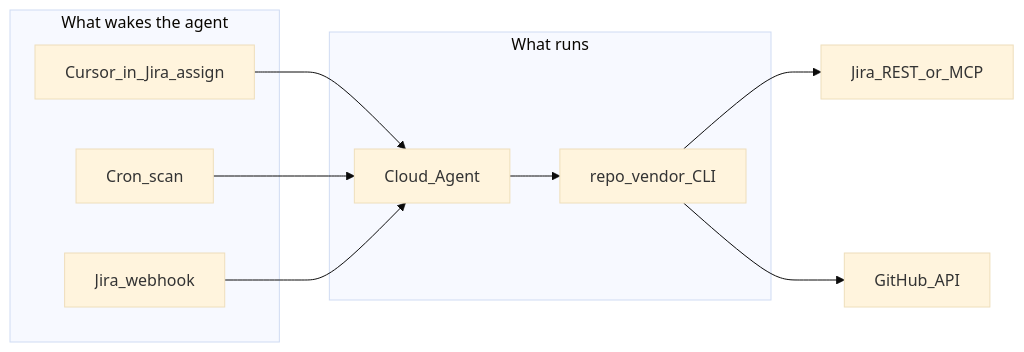
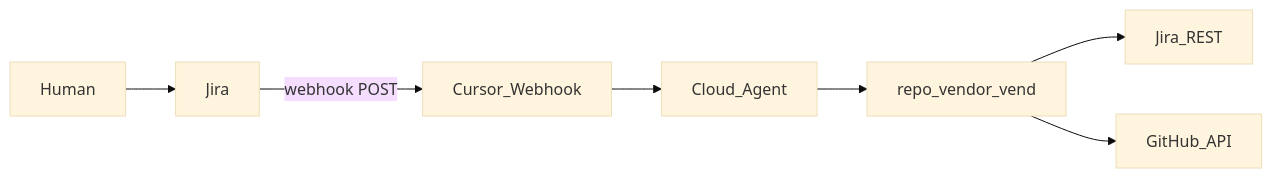
One commit to pete-leese/agentic-repo-vending changed the diagram in docs/jira-setup.md. Above: the diagram before and after it, drawn with Mermaid (base theme). The commit also changed other lines of this file and 11 other files, not shown here.

First line of the commit message:
Remove cron scan path; keep webhook as the sole primary trigger.

````diff
--- a/docs/jira-setup.md
+++ b/docs/jira-setup.md
@@ -8,18 +7,9 @@
 ```mermaid
 flowchart LR
-  subgraph wake [What wakes the agent]
-    A[Cursor_in_Jira_assign]
-    B[Cron_scan]
-    C[Jira_webhook]
-  end
-  subgraph run [What runs]
-    Agent[Cloud_Agent]
-    CLI[repo_vendor_CLI]
-  end
-  A --> Agent
-  B --> Agent
-  C --> Agent
-  Agent --> CLI
-  CLI --> JiraAPI[Jira_REST_or_MCP]
+  Human --> Jira
+  Jira -->|webhook POST| CursorWH[Cursor_Webhook]
+  CursorWH --> Agent[Cloud_Agent]
+  Agent --> CLI[repo_vendor_vend]
+  CLI --> JiraAPI[Jira_REST]
   CLI --> GitHub[GitHub_API]
 ```
````
